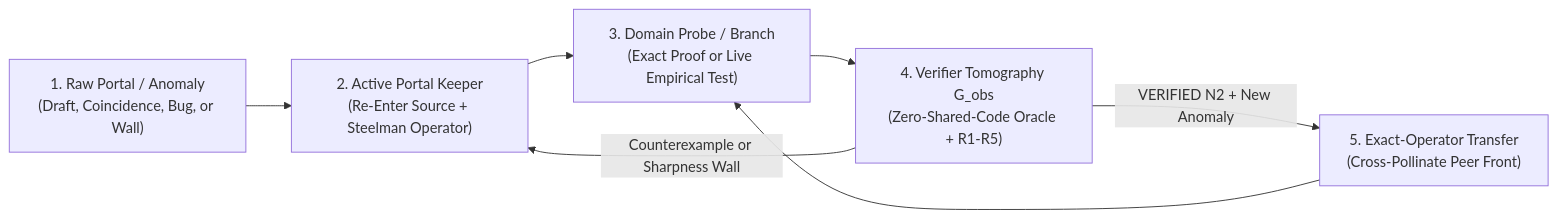
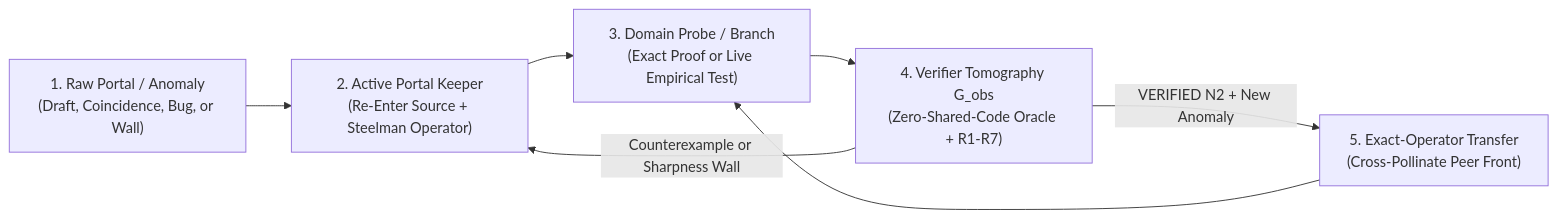
Before and after one commit to Foundation-0/aletheia: the diagram in README.md, drawn with Mermaid. The commit also changed other lines of this file and 24 other files, not shown here.

````diff
--- a/README.md
+++ b/README.md
@@ -19,9 +19,9 @@
 ```mermaid
 flowchart LR
     A["1. Raw Portal / Anomaly<br/>(Draft, Coincidence, Bug, or Wall)"] --> B["2. Active Portal Keeper<br/>(Re-Enter Source + Steelman Operator)"]
     B --> C["3. Domain Probe / Branch<br/>(Exact Proof or Live Empirical Test)"]
-    C --> D["4. Verifier Tomography G_obs<br/>(Zero-Shared-Code Oracle + R1-R5)"]
+    C --> D["4. Verifier Tomography G_obs<br/>(Zero-Shared-Code Oracle + R1-R7)"]
     D -->|"Counterexample or Sharpness Wall"| B
     D -->|"VERIFIED N2 + New Anomaly"| E["5. Exact-Operator Transfer<br/>(Cross-Pollinate Peer Front)"]
     E --> C
 ```
````
